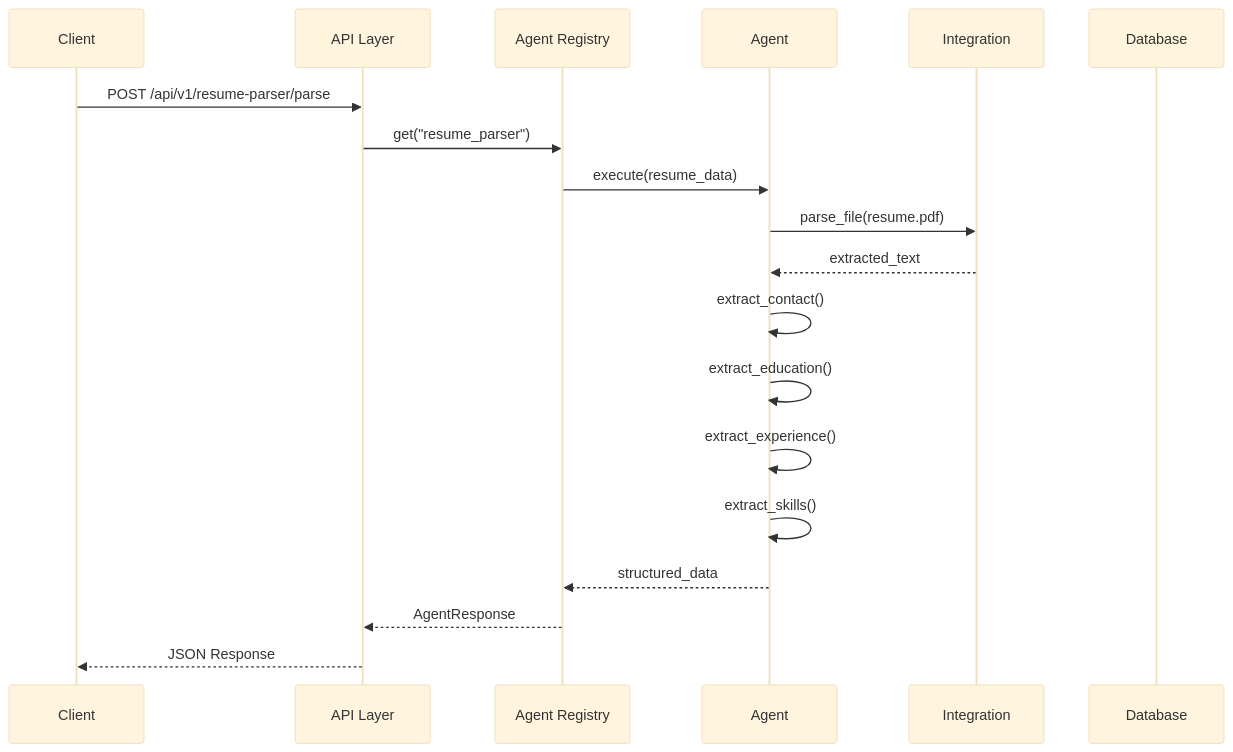
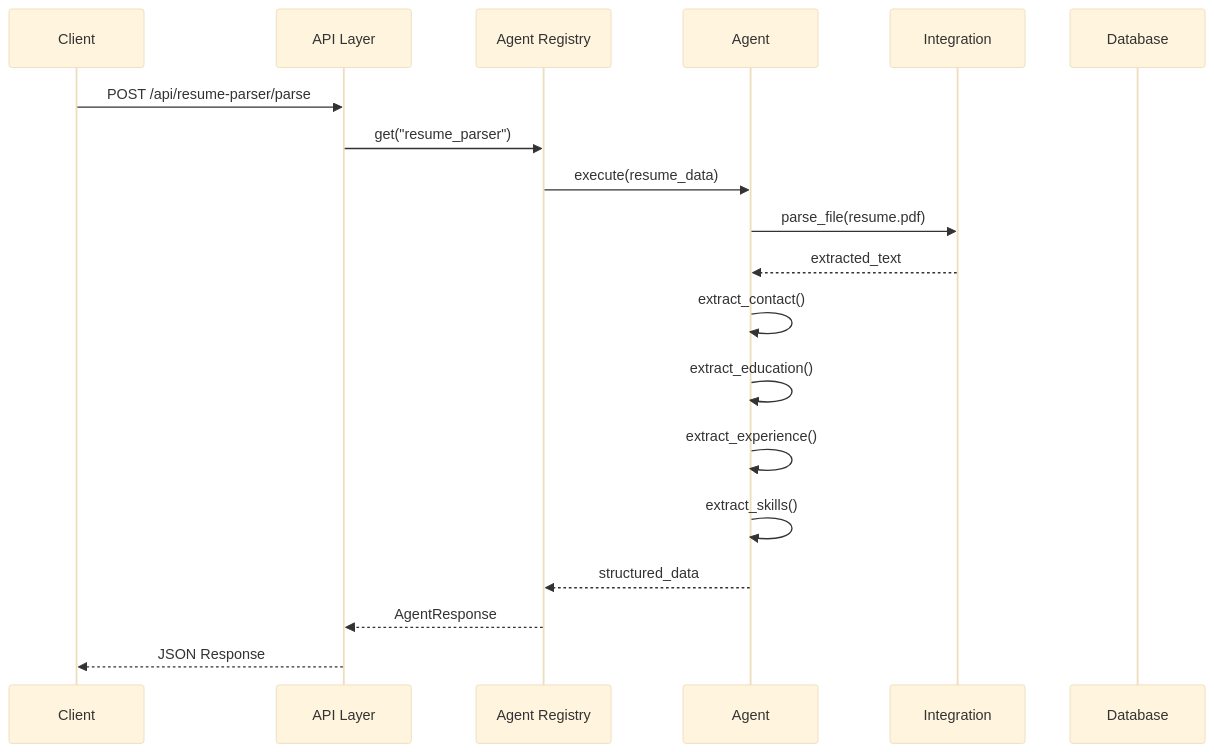
Before and after one commit to AAH20/recruitment-platform: the second of 5 diagrams in docs/architecture.md, drawn with Mermaid (base theme). The commit also changed 8 other files, not shown here.

````diff
--- a/docs/architecture.md
+++ b/docs/architecture.md
@@ -216,22 +216,22 @@
 ```mermaid
 sequenceDiagram
     participant C as Client
     participant API as API Layer
     participant AR as Agent Registry
     participant A as Agent
     participant I as Integration
     participant D as Database
 
-    C->>API: POST /api/v1/resume-parser/parse
+    C->>API: POST /api/resume-parser/parse
     API->>AR: get("resume_parser")
     AR->>A: execute(resume_data)
     A->>I: parse_file(resume.pdf)
     I-->>A: extracted_text
     A->>A: extract_contact()
     A->>A: extract_education()
     A->>A: extract_experience()
     A->>A: extract_skills()
     A-->>AR: structured_data
     AR-->>API: AgentResponse
     API-->>C: JSON Response
 ```
````
